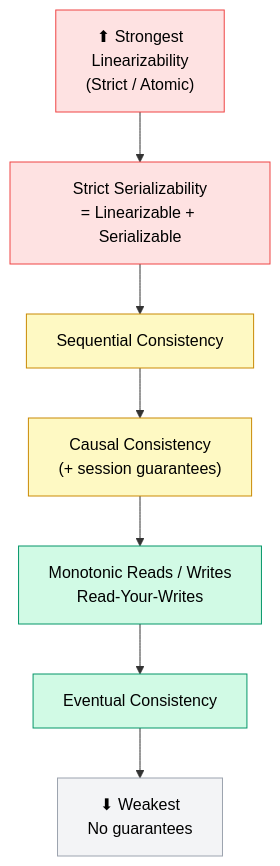
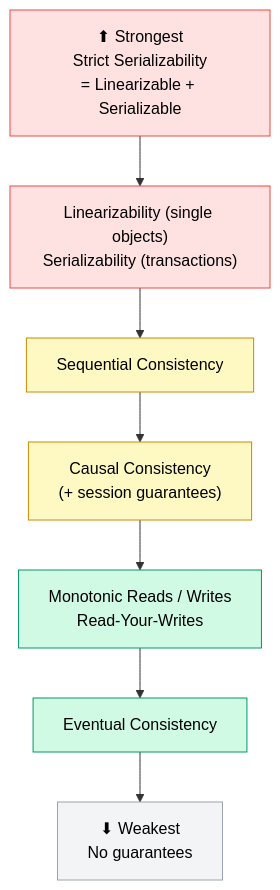
The first of 4 diagrams in Level-04-Distributed-Systems/02-Consistency-Models/README.md (Ankan1998/learn-system-design), drawn with Mermaid before and after one commit. The commit also changed other lines of this file and 139 other files, not shown here.

````diff
--- a/Level-04-Distributed-Systems/02-Consistency-Models/README.md
+++ b/Level-04-Distributed-Systems/02-Consistency-Models/README.md
@@ -56,22 +56,22 @@
 ```mermaid
 graph TD
-    A["⬆ Strongest<br/>Linearizability<br/>(Strict / Atomic)"]:::strong
-    B["Strict Serializability<br/>= Linearizable + Serializable"]:::strong
+    A["⬆ Strongest<br/>Strict Serializability<br/>= Linearizable + Serializable"]:::strong
+    B["Linearizability (single objects)<br/>Serializability (transactions)"]:::strong
     C["Sequential Consistency"]:::medium
     D["Causal Consistency<br/>(+ session guarantees)"]:::medium
     E["Monotonic Reads / Writes<br/>Read-Your-Writes"]:::weak
     F["Eventual Consistency"]:::weak
     G["⬇ Weakest<br/>No guarantees"]:::weakest
 
     A --> B
     B --> C
     C --> D
     D --> E
     E --> F
     F --> G
 
     classDef strong fill:#fee2e2,stroke:#ef4444,color:#000
     classDef medium fill:#fef9c3,stroke:#ca8a04,color:#000
     classDef weak fill:#d1fae5,stroke:#059669,color:#000
     classDef weakest fill:#f3f4f6,stroke:#9ca3af,color:#000
 ```
````
